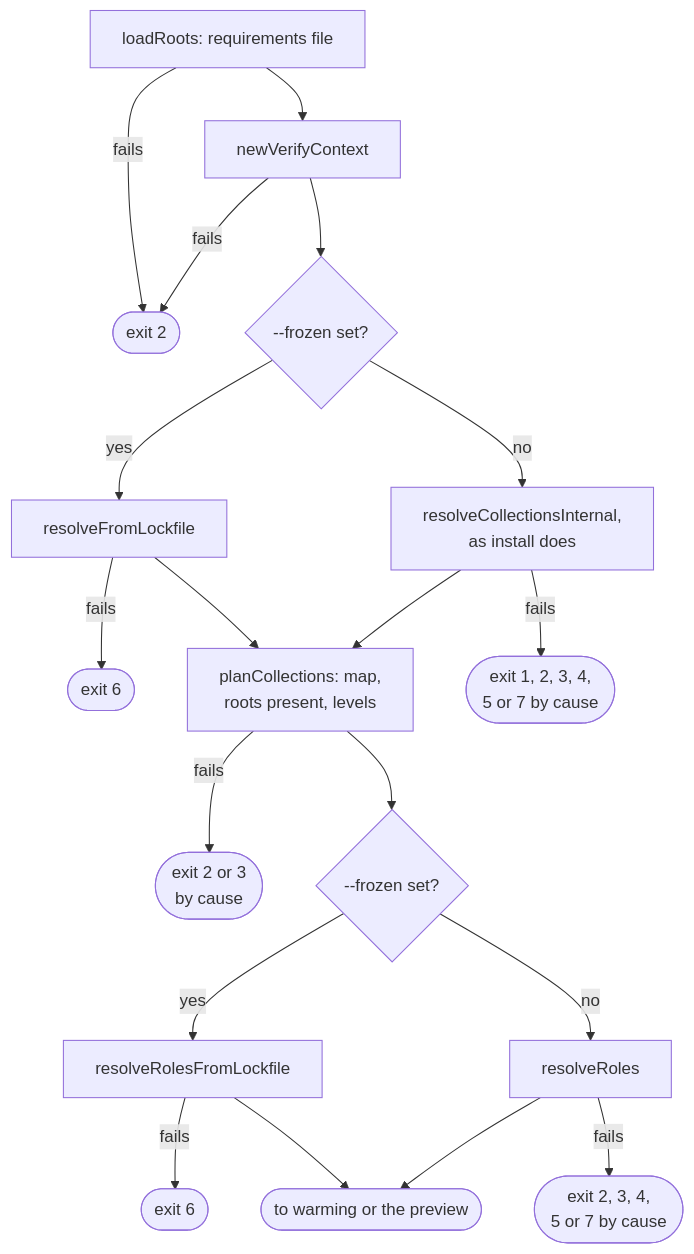
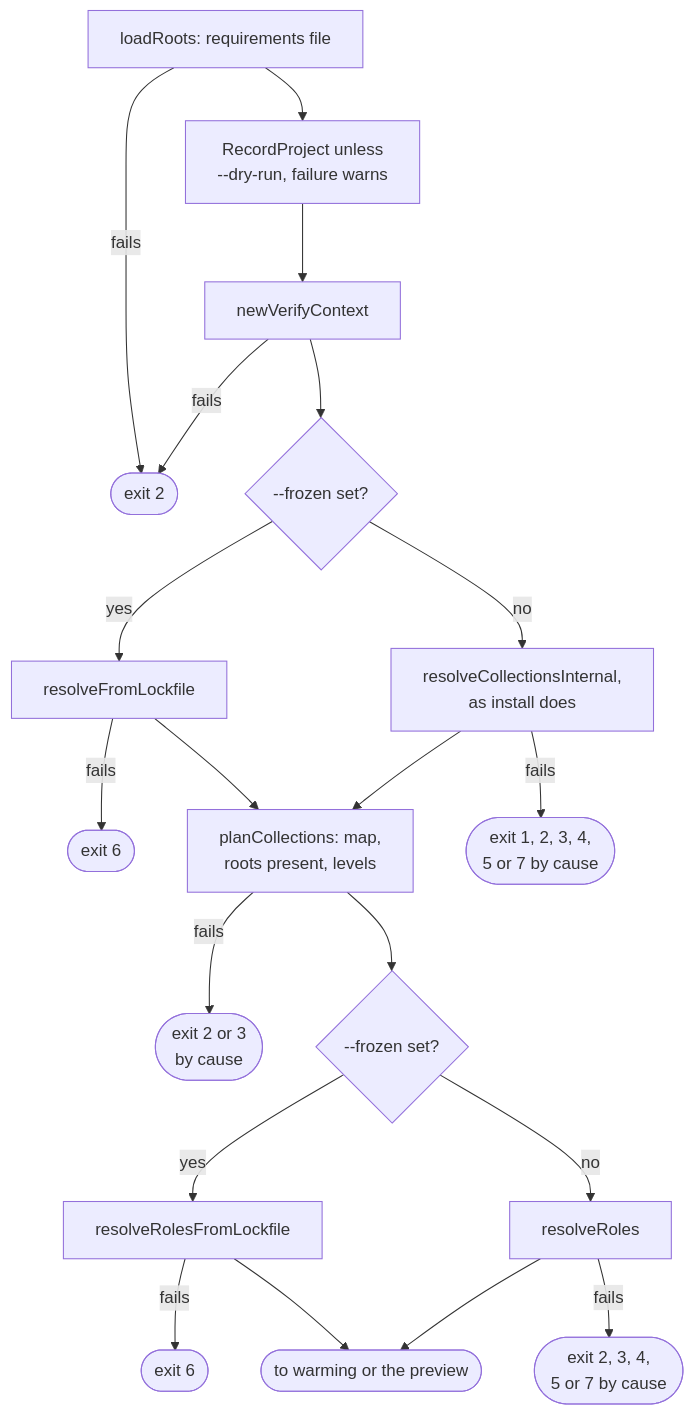
One commit to greeddj/go-galaxy changed the second of 6 diagrams in docs/internals/flow-warm.md. Above: the diagram before and after it, drawn with Mermaid. The commit also changed other lines of this file and 17 other files, not shown here.

````diff
--- a/docs/internals/flow-warm.md
+++ b/docs/internals/flow-warm.md
@@ -36,21 +37,22 @@
 ```mermaid
 flowchart TD
     L["loadRoots: requirements file"] -->|"fails"| X2(["exit 2"])
-    L --> V["newVerifyContext"]
+    L --> RP["RecordProject unless<br/>--dry-run, failure warns"]
+    RP --> V["newVerifyContext"]
     V -->|"fails"| X2
     V --> F{"--frozen set?"}
     F -->|"yes"| RL["resolveFromLockfile"]
     F -->|"no"| RS["resolveCollectionsInternal,<br/>as install does"]
     RL -->|"fails"| X6(["exit 6"])
     RL --> PC["planCollections: map,<br/>roots present, levels"]
     RS --> PC
     RS -->|"fails"| XR(["exit 1, 2, 3, 4,<br/>5 or 7 by cause"])
     PC -->|"fails"| XP(["exit 2 or 3<br/>by cause"])
     PC --> F2{"--frozen set?"}
     F2 -->|"yes"| RR["resolveRolesFromLockfile"]
     F2 -->|"no"| RD["resolveRoles"]
     RR -->|"fails"| X6R(["exit 6"])
     RD -->|"fails"| XRR(["exit 2, 3, 4,<br/>5 or 7 by cause"])
     RR --> OUT(["to warming or the preview"])
     RD --> OUT
 ```
````
